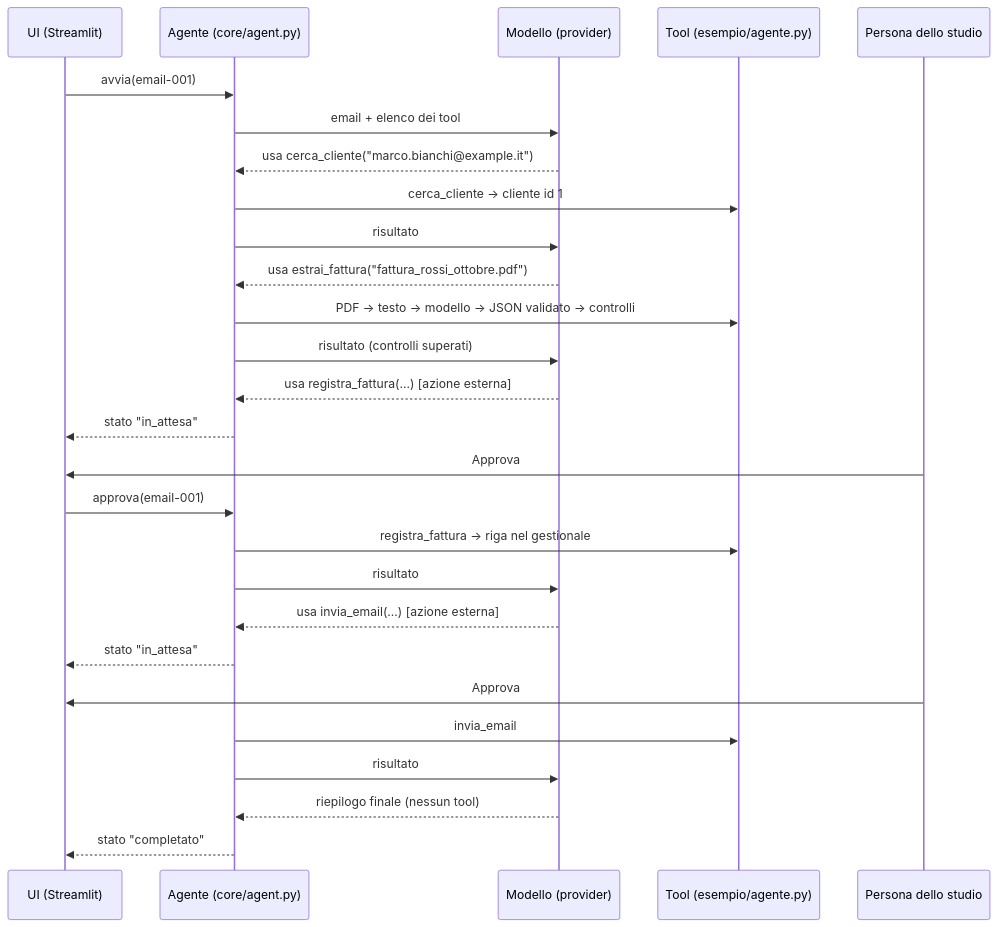
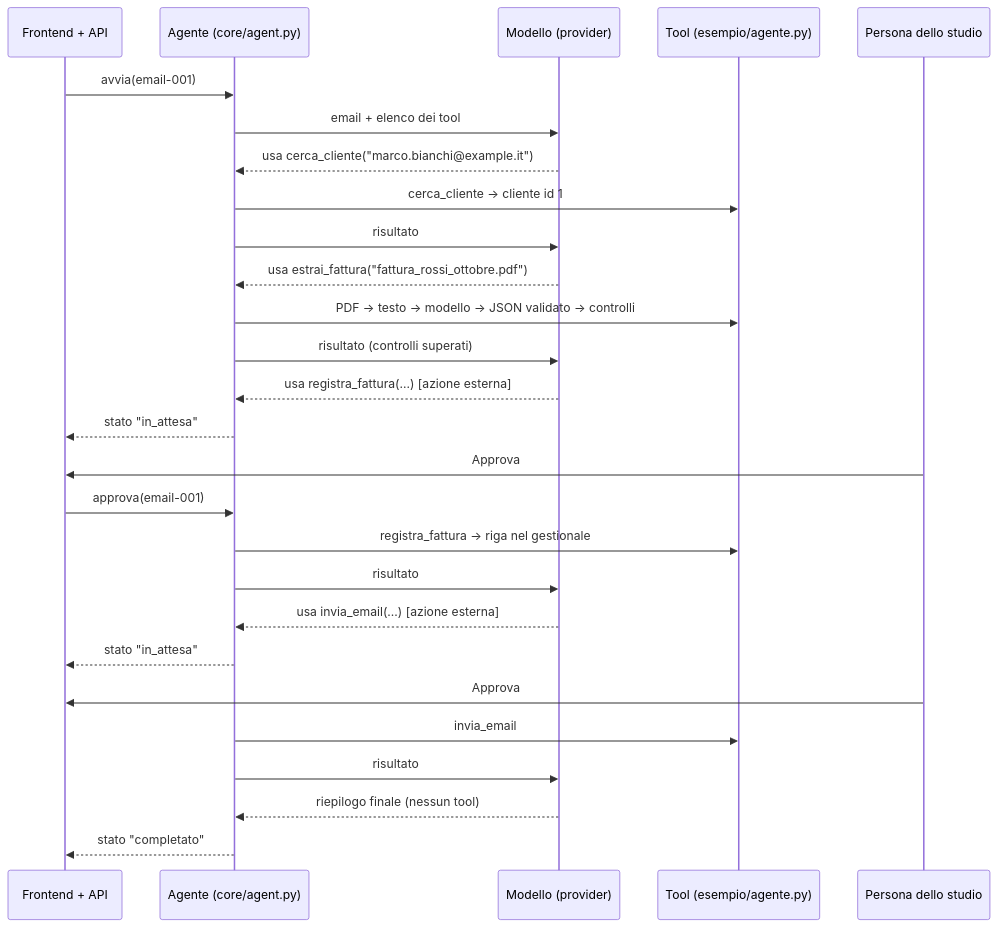
Before and after one commit to frankydedo/agenthon: the third of 3 diagrams in docs/architettura.md, drawn with Mermaid. The commit also changed other lines of this file and 31 other files, not shown here.

````diff
--- a/docs/architettura.md
+++ b/docs/architettura.md
@@ -21,30 +107,30 @@
 ```mermaid
 sequenceDiagram
-    participant UI as UI (Streamlit)
+    participant UI as Frontend + API
     participant A as Agente (core/agent.py)
     participant M as Modello (provider)
     participant T as Tool (esempio/agente.py)
     participant U as Persona dello studio
 
     UI->>A: avvia(email-001)
     A->>M: email + elenco dei tool
     M-->>A: usa cerca_cliente("marco.bianchi@example.it")
     A->>T: cerca_cliente → cliente id 1
     A->>M: risultato
     M-->>A: usa estrai_fattura("fattura_rossi_ottobre.pdf")
     A->>T: PDF → testo → modello → JSON validato → controlli
     A->>M: risultato (controlli superati)
     M-->>A: usa registra_fattura(...)  [azione esterna]
     A-->>UI: stato "in_attesa"
     U->>UI: Approva
     UI->>A: approva(email-001)
     A->>T: registra_fattura → riga nel gestionale
     A->>M: risultato
     M-->>A: usa invia_email(...)  [azione esterna]
     A-->>UI: stato "in_attesa"
     U->>UI: Approva
     A->>T: invia_email
     A->>M: risultato
     M-->>A: riepilogo finale (nessun tool)
     A-->>UI: stato "completato"
 ```
````
